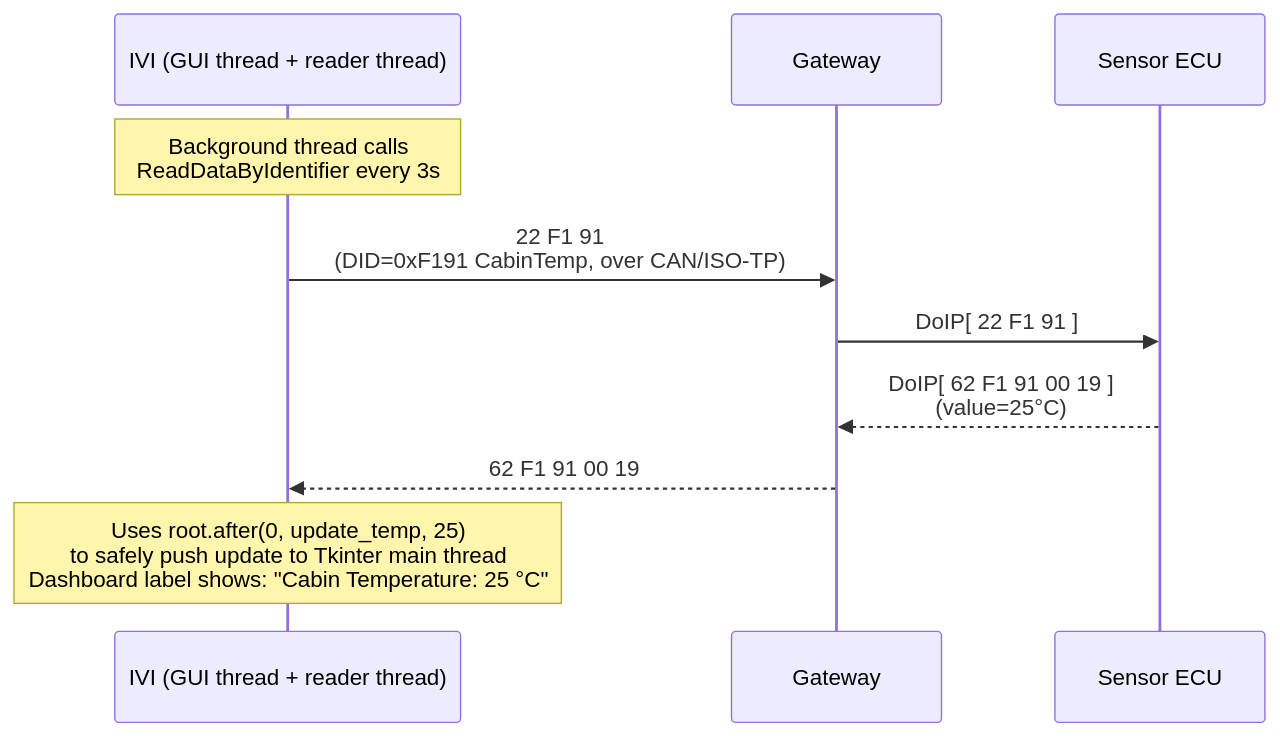
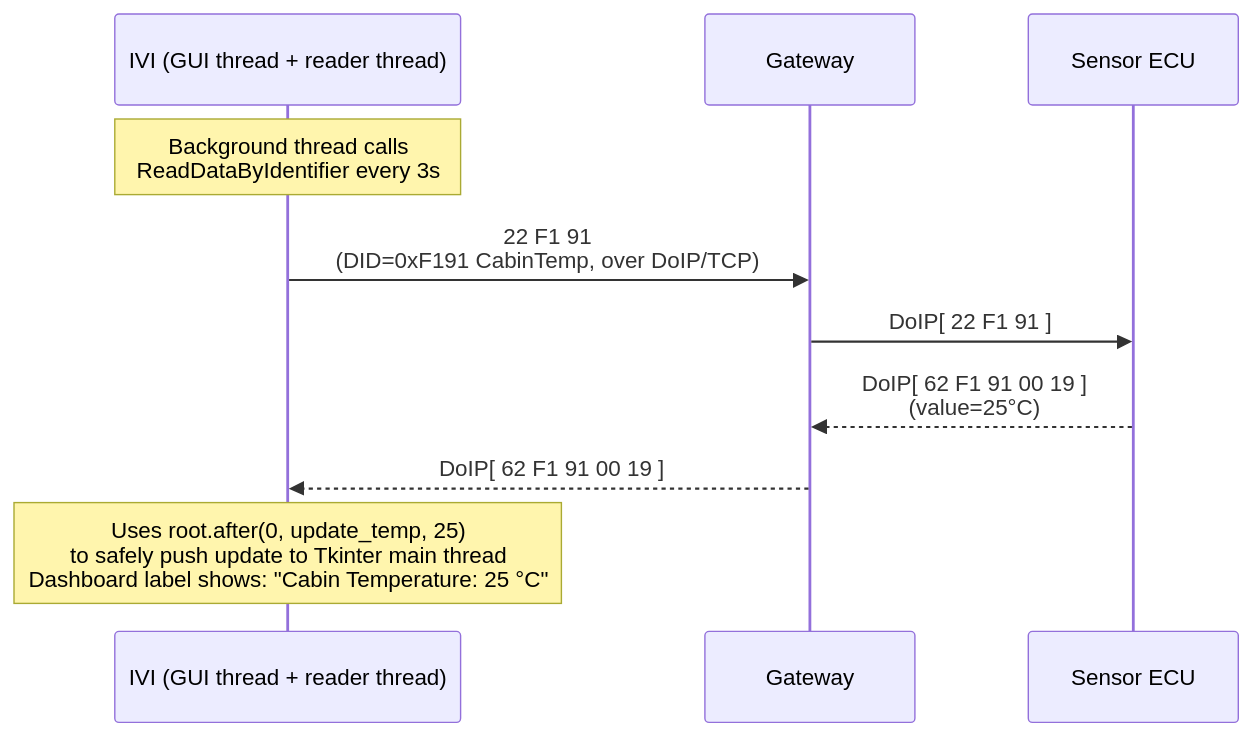
Before and after one commit to Komal-kalyanraman/virtual-car: the third of 3 diagrams in README.md, drawn with Mermaid. The commit also changed other lines of this file and 3 other files, not shown here.

Commit message:
Modified IVI to communicate with Gateway using DoIP for cabin temperature data. Update README file.

````diff
--- a/README.md
+++ b/README.md
@@ -99,14 +106,14 @@
 ```mermaid
 sequenceDiagram
-    participant IVI as IVI (GUI thread + reader thread)
-    participant GW as Gateway
-    participant SENSOR as Sensor ECU
+  participant IVI as IVI (GUI thread + reader thread)
+  participant GW as Gateway
+  participant SENSOR as Sensor ECU
 
-    Note over IVI: Background thread calls<br/>ReadDataByIdentifier every 3s
-    IVI->>GW: 22 F1 91<br/>(DID=0xF191 CabinTemp, over CAN/ISO-TP)
-    GW->>SENSOR: DoIP[ 22 F1 91 ]
-    SENSOR-->>GW: DoIP[ 62 F1 91 00 19 ]<br/>(value=25°C)
-    GW-->>IVI: 62 F1 91 00 19
+  Note over IVI: Background thread calls<br/>ReadDataByIdentifier every 3s
+  IVI->>GW: 22 F1 91<br/>(DID=0xF191 CabinTemp, over DoIP/TCP)
+  GW->>SENSOR: DoIP[ 22 F1 91 ]
+  SENSOR-->>GW: DoIP[ 62 F1 91 00 19 ]<br/>(value=25°C)
+  GW-->>IVI: DoIP[ 62 F1 91 00 19 ]
 
-    Note over IVI: Uses root.after(0, update_temp, 25)<br/>to safely push update to Tkinter main thread<br/>Dashboard label shows: "Cabin Temperature: 25 °C"
+  Note over IVI: Uses root.after(0, update_temp, 25)<br/>to safely push update to Tkinter main thread<br/>Dashboard label shows: "Cabin Temperature: 25 °C"
 ```
````
